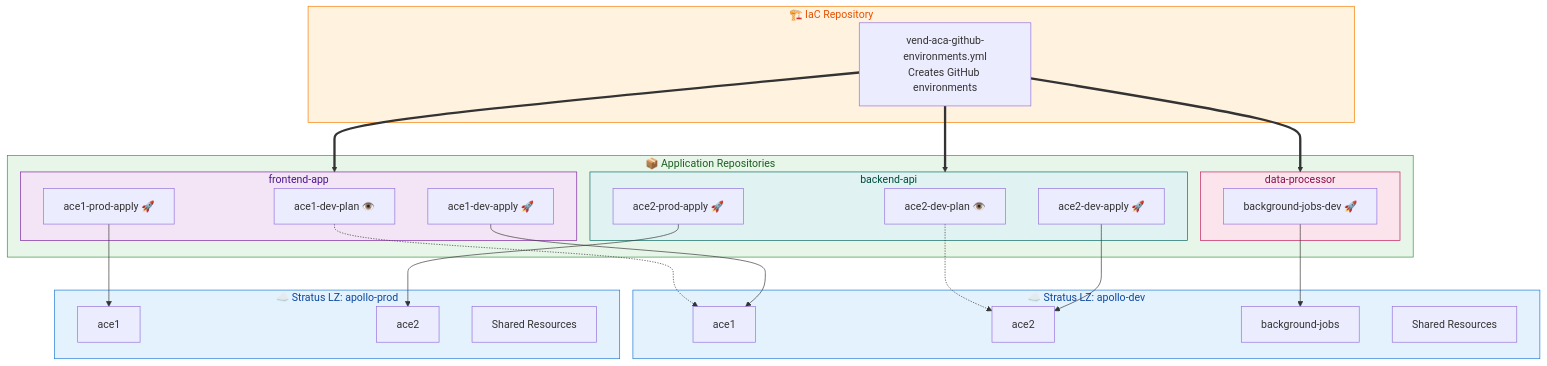
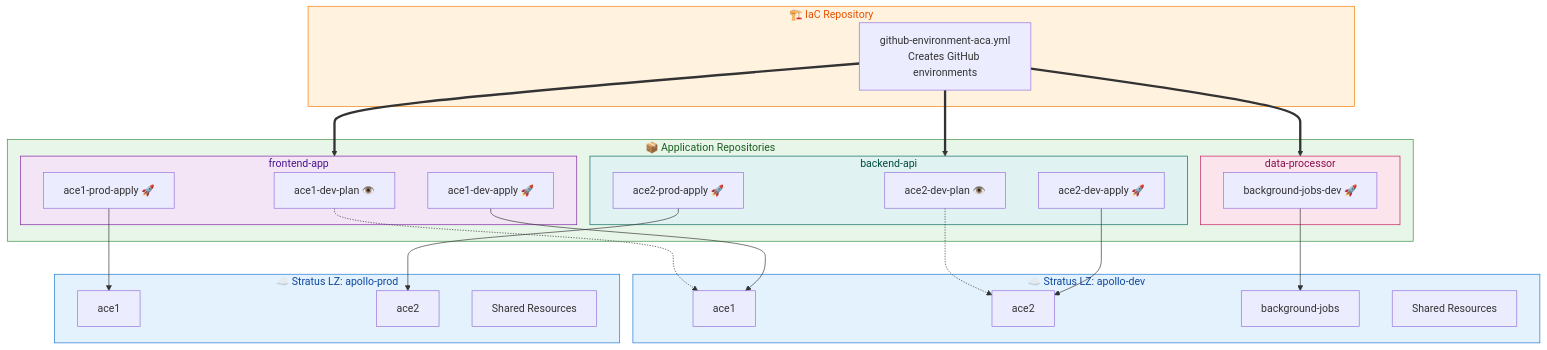
The first of 2 diagrams in README.md (HafslundEcoVannkraft/stratus-tf-github-environments), drawn with Mermaid before and after one commit. The commit also changed other lines of this file and 20 other files, not shown here.

First line of the commit message:
refactor: major repo cleanup, improved workflows, and schema alignment

````diff
--- a/README.md
+++ b/README.md
@@ -468,65 +470,65 @@
 ```mermaid
 flowchart TB
     %% IaC Repository Workflow
     subgraph IaCRepo["🏗️ IaC Repository"]
-        Workflow["vend-aca-github-environments.yml<br/>Creates GitHub environments"]
+        Workflow["github-environment-aca.yml<br/>Creates GitHub environments"]
     end
     
     %% Stratus Landing Zones (Azure Infrastructure)
     subgraph StratusDevLZ["☁️ Stratus LZ: apollo-dev"]
         DevACE1["ace1"]
         DevACE2["ace2"] 
         DevACE3["background-jobs"]
         DevShared["Shared Resources"]
     end
     
     subgraph StratusProdLZ["☁️ Stratus LZ: apollo-prod"]
         ProdACE1["ace1"]
         ProdACE2["ace2"]
         ProdShared["Shared Resources"]
     end
     
     %% Application Source Code Repositories
     subgraph AppRepos["📦 Application Repositories"]
         subgraph FrontendRepo["frontend-app"]
             FE1["ace1-dev-plan 👁️"]
             FE2["ace1-dev-apply 🚀"] 
             FE3["ace1-prod-apply 🚀"]
         end
         
         subgraph BackendRepo["backend-api"]
             BE1["ace2-dev-plan 👁️"]
             BE2["ace2-dev-apply 🚀"]
             BE3["ace2-prod-apply 🚀"]
         end
         
         subgraph JobsRepo["data-processor"]
             JB1["background-jobs-dev 🚀"]
         end
     end
     
     %% Workflow creates environments
     Workflow ==> FrontendRepo
     Workflow ==> BackendRepo
     Workflow ==> JobsRepo
     
     %% Deployment connections (solid = deploy, dotted = plan)
     FE1 -.-> DevACE1
     FE2 --> DevACE1
     FE3 --> ProdACE1
     
     BE1 -.-> DevACE2
     BE2 --> DevACE2
     BE3 --> ProdACE2
     
     JB1 --> DevACE3
     
     %% Styling
     style StratusDevLZ fill:#e3f2fd,stroke:#1976d2,color:#0d47a1
     style StratusProdLZ fill:#e3f2fd,stroke:#1976d2,color:#0d47a1
     style IaCRepo fill:#fff3e0,stroke:#f57c00,color:#e65100
     style AppRepos fill:#e8f5e9,stroke:#388e3c,color:#1b5e20
     style FrontendRepo fill:#f3e5f5,stroke:#7b1fa2,color:#4a148c
     style BackendRepo fill:#e0f2f1,stroke:#00695c,color:#004d40
     style JobsRepo fill:#fce4ec,stroke:#c2185b,color:#880e4f
 ```
````
